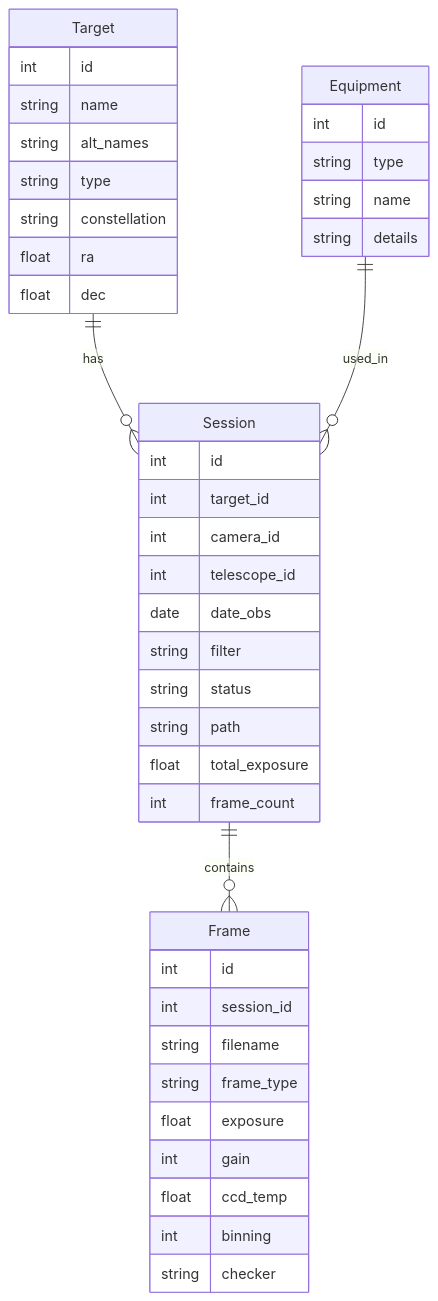
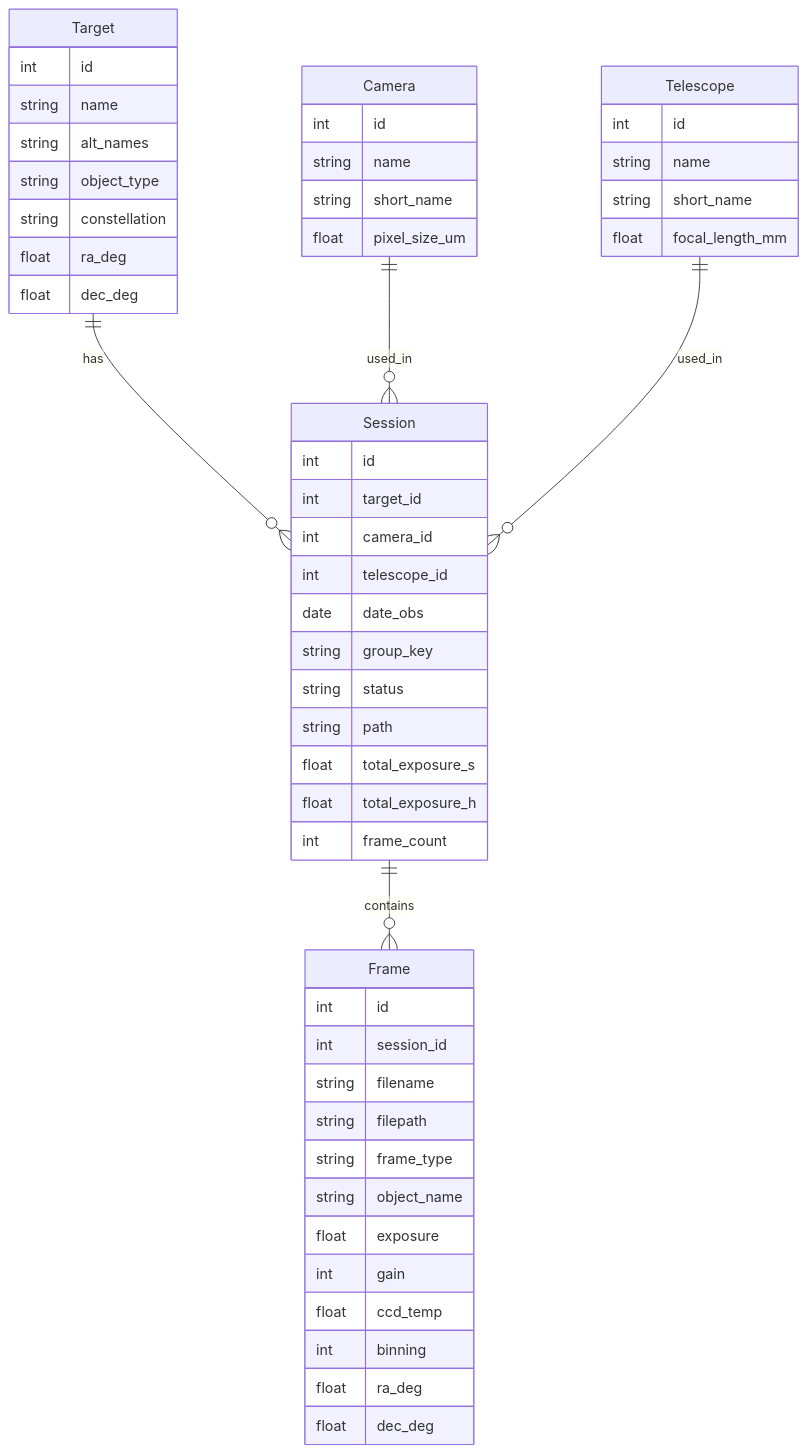
One commit to TobiaszJ/StellaShelf changed the diagram in docs/architecture.md. Above: the diagram before and after it, drawn with Mermaid. The commit also changed other lines of this file and 8 other files, not shown here.

````diff
--- a/docs/architecture.md
+++ b/docs/architecture.md
@@ -13,44 +13,55 @@
 ```mermaid
 erDiagram
     Target ||--o{ Session : has
-    Equipment ||--o{ Session : used_in
+    Camera ||--o{ Session : used_in
+    Telescope ||--o{ Session : used_in
     Session ||--o{ Frame : contains
-    Equipment {
+    Camera {
         int id
-        string type
         string name
-        string details
+        string short_name
+        float pixel_size_um
+    }
+    Telescope {
+        int id
+        string name
+        string short_name
+        float focal_length_mm
     }
     Target {
         int id
         string name
         string alt_names
-        string type
+        string object_type
         string constellation
-        float ra
-        float dec
+        float ra_deg
+        float dec_deg
     }
     Session {
         int id
         int target_id
         int camera_id
         int telescope_id
         date date_obs
-        string filter
+        string group_key
         string status
         string path
-        float total_exposure
+        float total_exposure_s
+        float total_exposure_h
         int frame_count
     }
     Frame {
         int id
         int session_id
         string filename
+        string filepath
         string frame_type
+        string object_name
         float exposure
         int gain
         float ccd_temp
         int binning
-        string checker
+        float ra_deg
+        float dec_deg
     }
 ```
````
